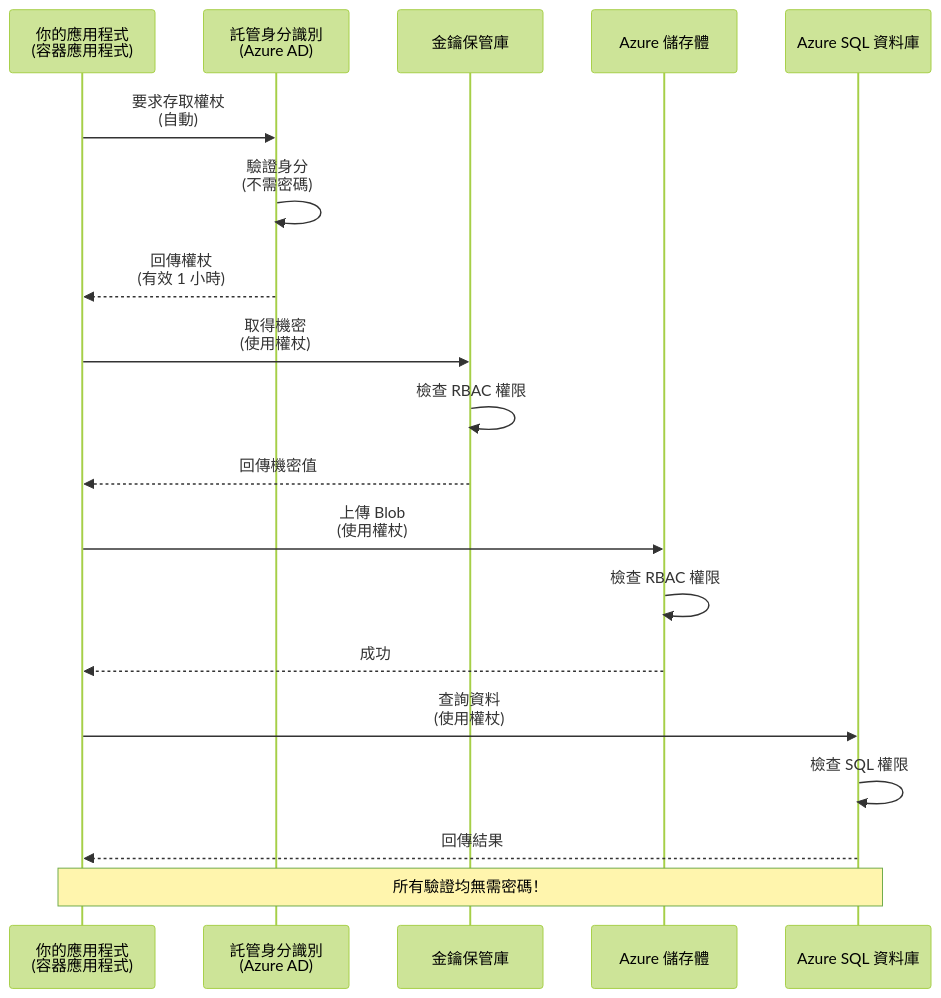
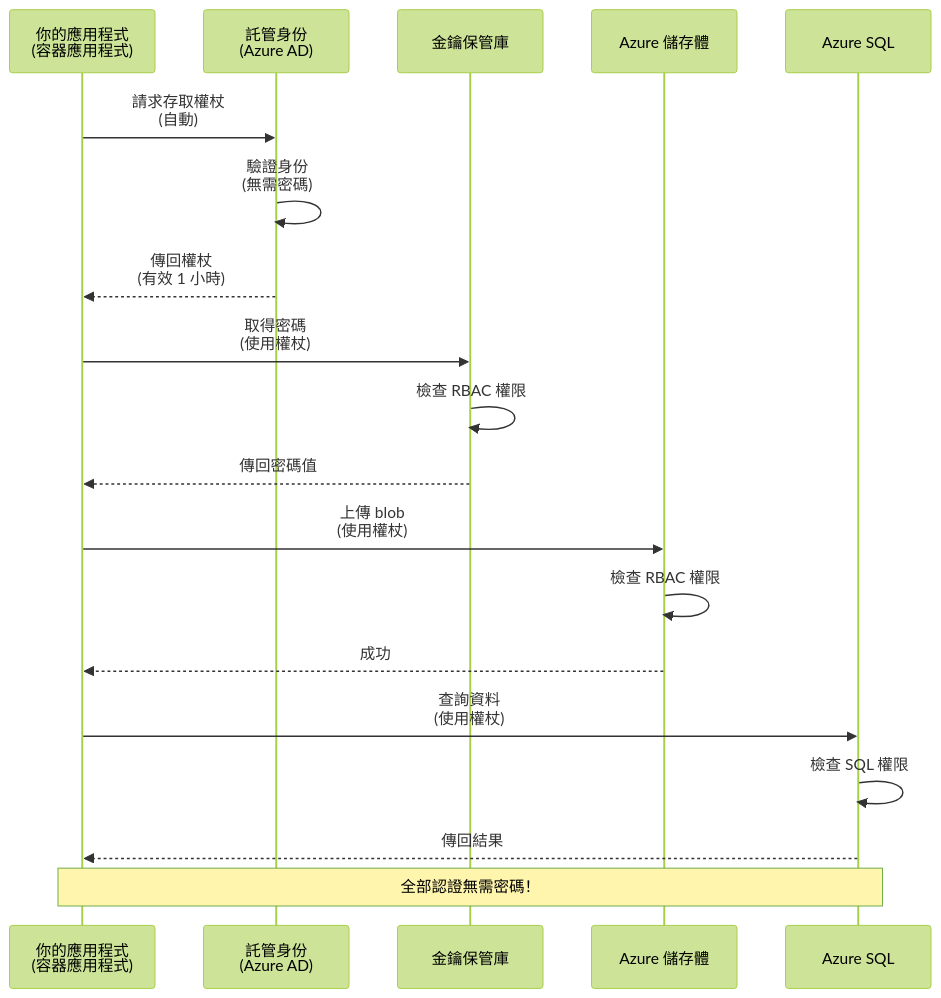
The first of 2 diagrams in translations/zh-HK/docs/chapter-03-configuration/authsecurity.md (microsoft/AZD-for-beginners), drawn with Mermaid (forest theme) before and after one commit. The commit also changed other lines of this file and 101 other files, not shown here.

````diff
--- a/translations/zh-HK/docs/chapter-03-configuration/authsecurity.md
+++ b/translations/zh-HK/docs/chapter-03-configuration/authsecurity.md
@@ -69,26 +69,26 @@
 ```mermaid
 sequenceDiagram
     participant App as 你的應用程式<br/>(容器應用程式)
-    participant MI as 託管身分識別<br/>(Azure AD)
+    participant MI as 託管身份<br/>(Azure AD)
     participant KV as 金鑰保管庫
     participant Storage as Azure 儲存體
-    participant DB as Azure SQL 資料庫
+    participant DB as Azure SQL
     
-    App->>MI: 要求存取權杖<br/>(自動)
-    MI->>MI: 驗證身分<br/>(不需密碼)
-    MI-->>App: 回傳權杖<br/>(有效 1 小時)
+    App->>MI: 請求存取權杖<br/>(自動)
+    MI->>MI: 驗證身份<br/>(無需密碼)
+    MI-->>App: 傳回權杖<br/>(有效 1 小時)
     
-    App->>KV: 取得機密<br/>(使用權杖)
+    App->>KV: 取得密碼<br/>(使用權杖)
     KV->>KV: 檢查 RBAC 權限
-    KV-->>App: 回傳機密值
+    KV-->>App: 傳回密碼值
     
-    App->>Storage: 上傳 Blob<br/>(使用權杖)
+    App->>Storage: 上傳 blob<br/>(使用權杖)
     Storage->>Storage: 檢查 RBAC 權限
     Storage-->>App: 成功
     
     App->>DB: 查詢資料<br/>(使用權杖)
     DB->>DB: 檢查 SQL 權限
-    DB-->>App: 回傳結果
+    DB-->>App: 傳回結果
     
-    Note over App,DB: 所有驗證均無需密碼！
+    Note over App,DB: 全部認證無需密碼！
 ```
````
